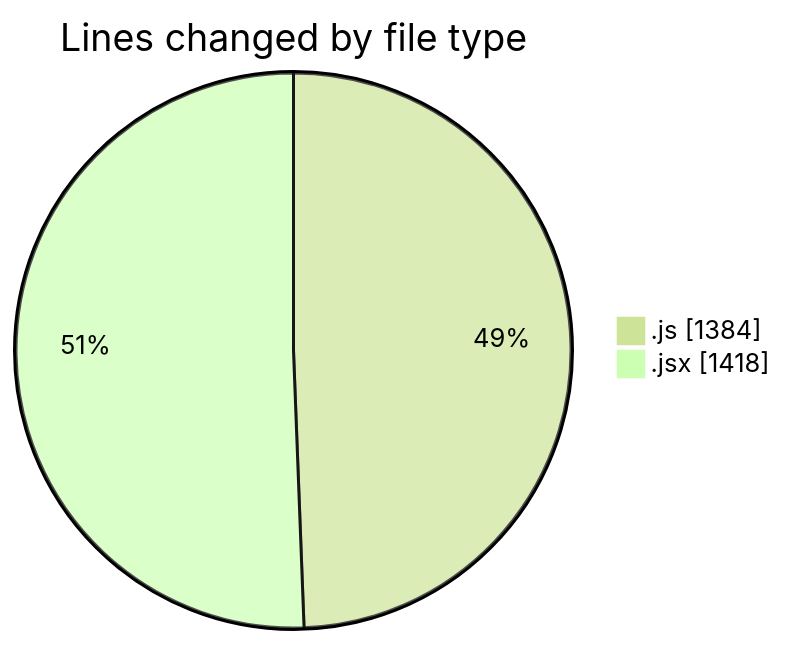
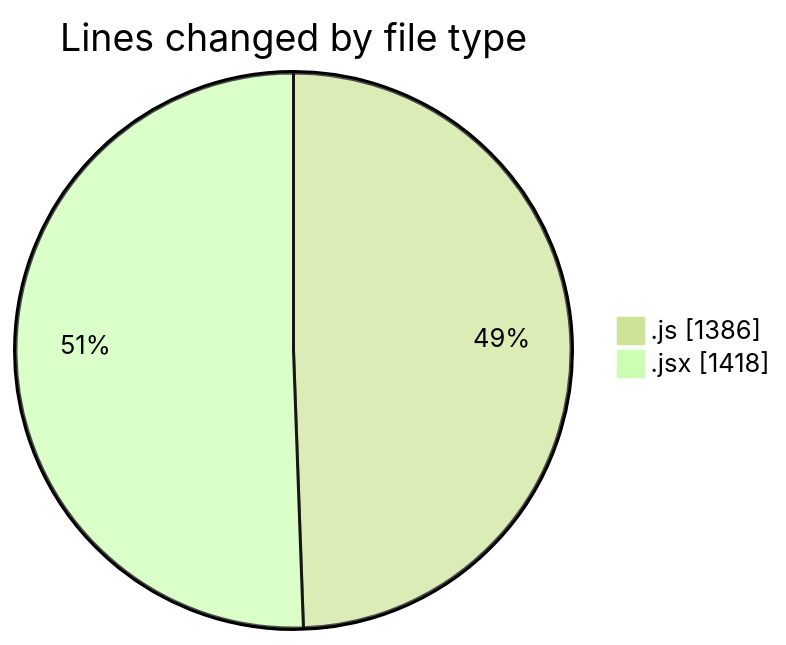
The first of 2 diagrams in 2025-07-29/nxtqube_webapp/README.md (nxtqubesakshisongat/code-tracking), drawn with Mermaid (forest theme) before and after one commit. The commit also changed other lines of this file and 1 other file, not shown here.

````diff
--- a/2025-07-29/nxtqube_webapp/README.md
+++ b/2025-07-29/nxtqube_webapp/README.md
@@ -27,6 +27,6 @@
 ```mermaid
 pie showData
 title Lines changed by file type
-".js" : 1384
+".js" : 1386
 ".jsx" : 1418
 ```
````
